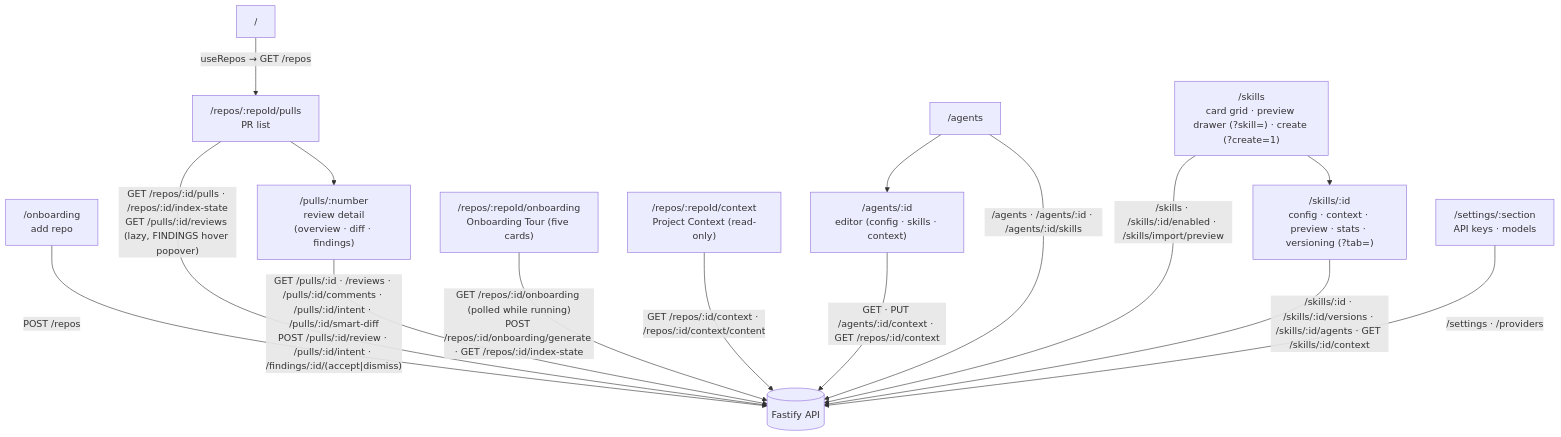
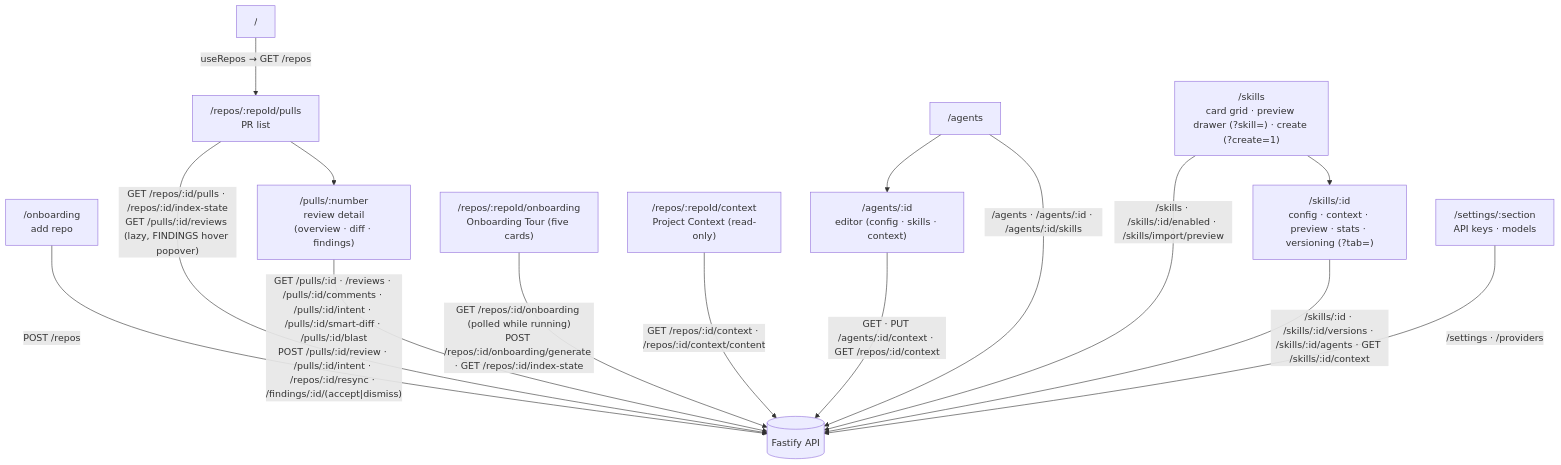
One commit to artemmmon/dev-digest changed the diagram in client/README.md. Above: the diagram before and after it, drawn with Mermaid. The commit also changed other lines of this file and 79 other files, not shown here.

First line of the commit message:
feat: HW4 Blast Radius — Overview block, GET /pulls/:id/blast and MCP get_blast_radius (#16)

````diff
--- a/client/README.md
+++ b/client/README.md
@@ -23,22 +23,22 @@
 ```mermaid
 flowchart TD
   ROOT["/"] -->|"useRepos → GET /repos"| PULLS["/repos/:repoId/pulls<br/>PR list"]
   ONB["/onboarding<br/>add repo"] -->|"POST /repos"| API[("Fastify API")]
   PULLS --> PR["/pulls/:number<br/>review detail<br/>(overview · diff · findings)"]
 
   CTX["/repos/:repoId/context<br/>Project Context (read-only)"]
   TOUR["/repos/:repoId/onboarding<br/>Onboarding Tour (five cards)"]
   AGENTS["/agents"] --> AGENT["/agents/:id<br/>editor (config · skills · context)"]
   SKILLS["/skills<br/>card grid · preview drawer (?skill=) · create (?create=1)"] --> SKILL["/skills/:id<br/>config · context · preview · stats · versioning (?tab=)"]
   SETTINGS["/settings/:section<br/>API keys · models"]
 
   PULLS -->|"GET /repos/:id/pulls · /repos/:id/index-state<br/>GET /pulls/:id/reviews (lazy, FINDINGS hover popover)"| API
-  PR -->|"GET /pulls/:id · /reviews · /pulls/:id/comments · /pulls/:id/intent · /pulls/:id/smart-diff<br/>POST /pulls/:id/review · /pulls/:id/intent · /findings/:id/(accept|dismiss)"| API
+  PR -->|"GET /pulls/:id · /reviews · /pulls/:id/comments · /pulls/:id/intent · /pulls/:id/smart-diff · /pulls/:id/blast<br/>POST /pulls/:id/review · /pulls/:id/intent · /repos/:id/resync · /findings/:id/(accept|dismiss)"| API
   TOUR -->|"GET /repos/:id/onboarding (polled while running)<br/>POST /repos/:id/onboarding/generate · GET /repos/:id/index-state"| API
   CTX -->|"GET /repos/:id/context · /repos/:id/context/content"| API
   AGENT -->|"GET · PUT /agents/:id/context · GET /repos/:id/context"| API
   AGENTS -->|"/agents · /agents/:id · /agents/:id/skills"| API
   SKILLS -->|"/skills · /skills/:id/enabled · /skills/import/preview"| API
   SKILL -->|"/skills/:id · /skills/:id/versions · /skills/:id/agents · GET /skills/:id/context"| API
   SETTINGS -->|"/settings · /providers"| API
 ```
````
